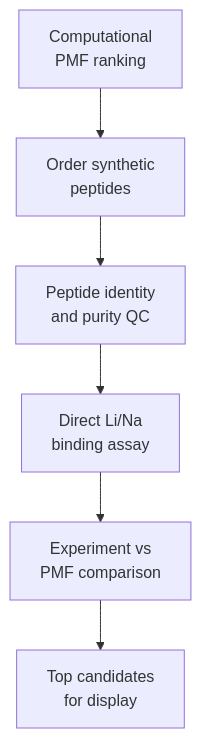
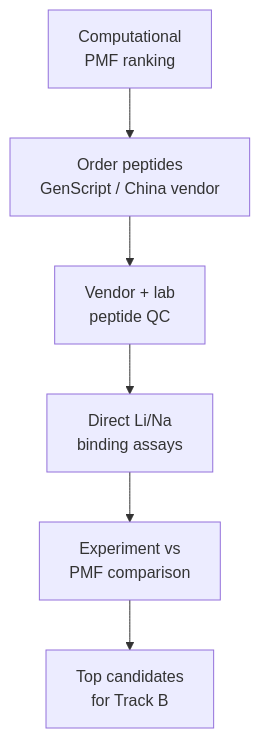
The diagram in 02_experimental_validation/track_A_purified_peptide/README.md (jackyissocute/LiSPER), drawn with Mermaid before and after one commit. The commit also changed other lines of this file and 60 other files, not shown here.

First line of the commit message:
Archive Track A His6-SUMO plasmids and switch to vendor peptides.

````diff
--- a/02_experimental_validation/track_A_purified_peptide/README.md
+++ b/02_experimental_validation/track_A_purified_peptide/README.md
@@ -11,18 +11,18 @@
 ```mermaid
 flowchart TD
-    accTitle: Track A Binding Workflow
-    accDescr: Track A now starts with ordered synthetic peptides, measures Li and Na binding directly, compares results with PMF ranking, and selects candidates for surface display.
+    accTitle: Track A Vendor Peptide Workflow
+    accDescr: Track A orders synthetic peptides from a commercial vendor, confirms QC, runs Li and Na binding assays, compares with PMF ranking, and selects Track B candidates.
 
     ranking["Computational<br/>PMF ranking"]
-    order["Order synthetic<br/>peptides"]
-    qc["Peptide identity<br/>and purity QC"]
-    assay["Direct Li/Na<br/>binding assay"]
+    order["Order peptides<br/>GenScript / China vendor"]
+    qc["Vendor + lab<br/>peptide QC"]
+    assay["Direct Li/Na<br/>binding assays"]
     compare["Experiment vs<br/>PMF comparison"]
-    shortlist["Top candidates<br/>for display"]
+    shortlist["Top candidates<br/>for Track B"]
 
     ranking --> order
     order --> qc
     qc --> assay
     assay --> compare
     compare --> shortlist
 ```
````
